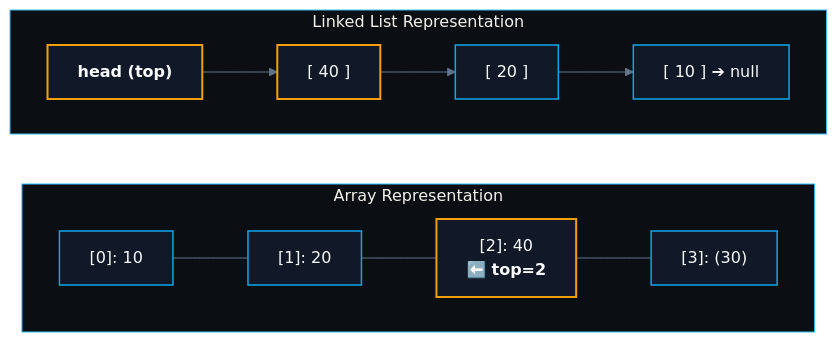
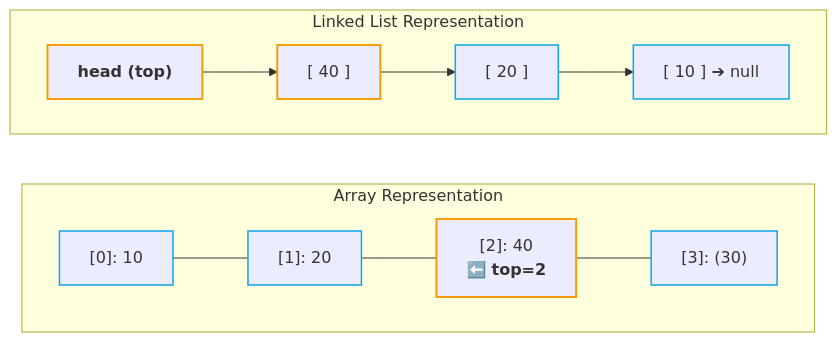
One commit to abhinavbharti2345/CS_Notes changed the fifth of 5 diagrams in CS/DSA/06. Stacks & Queues/02. Stack Implementation from Scratch.md. Above: the diagram before and after it, drawn with Mermaid. The commit also changed other lines of this file and 91 other files, not shown here.

````diff
--- a/CS/DSA/06. Stacks & Queues/02. Stack Implementation from Scratch.md
+++ b/CS/DSA/06. Stacks & Queues/02. Stack Implementation from Scratch.md
@@ -320,18 +316,17 @@
 ```mermaid
-%%{init: {'theme': 'base', 'themeVariables': { 'darkMode': true, 'background': '#0B0F14', 'mainBkg': '#111827', 'primaryColor': '#111827', 'primaryTextColor': '#F8FAFC', 'primaryBorderColor': '#38BDF8', 'lineColor': '#64748B', 'secondaryColor': '#0B0F14', 'tertiaryColor': '#0B0F14', 'clusterBkg': '#0B0F14', 'clusterBorder': '#38BDF8' }}}%%
 flowchart LR
     subgraph ArrayState ["Array Representation"]
         direction LR
         A0["[0]: 10"] --- A1["[1]: 20"] --- A2["[2]: 40<br/>⬅️ <b>top=2</b>"] --- A3["[3]: (30)"]
     end
 
     subgraph LLState ["Linked List Representation"]
         direction LR
         H["<b>head (top)</b>"] --> L40["[ 40 ]"] --> L20["[ 20 ]"] --> L10["[ 10 ] ➔ null"]
     end
 
-    classDef topC fill:#111827,stroke:#f59e0b,stroke-width:2px,color:#F8FAFC;
-    classDef bodyC fill:#111827,stroke:#0ea5e9,stroke-width:1.5px,color:#F8FAFC;
+    classDef topC stroke:#f59e0b,stroke-width:2px;
+    classDef bodyC stroke:#0ea5e9,stroke-width:1.5px;
     class A2,H,L40 topC;
     class A0,A1,A3,L20,L10 bodyC;
 ```
````
